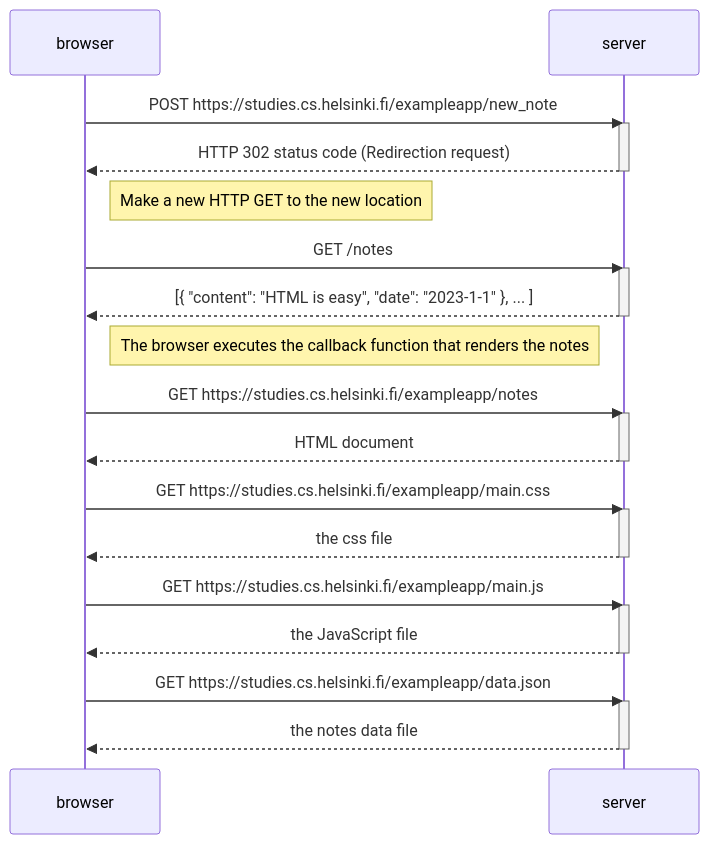
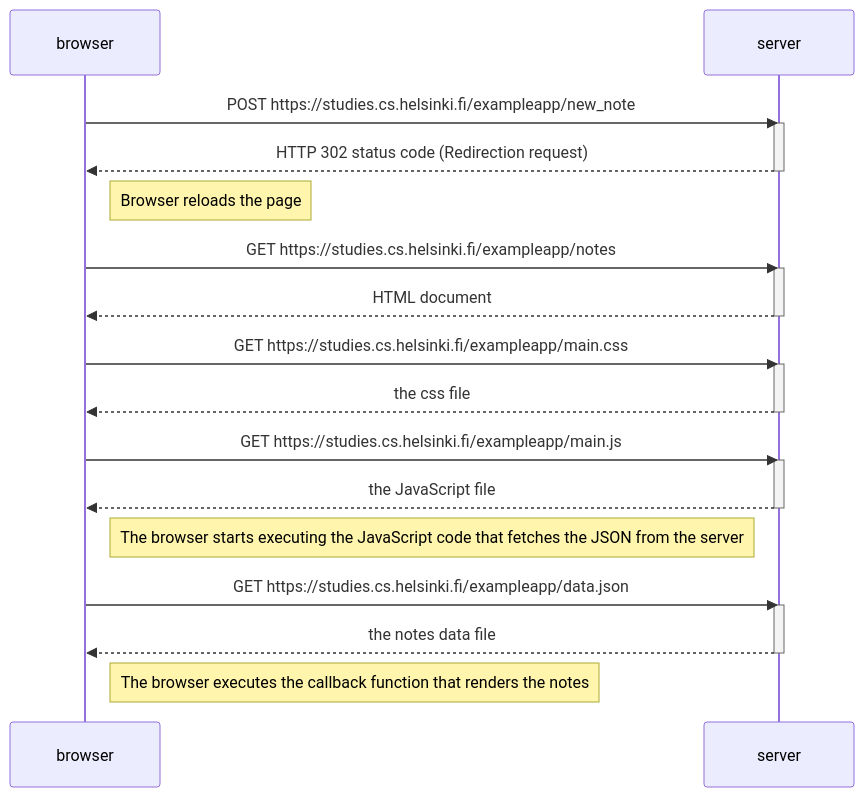
One commit to pncegabby/fullstackopen changed the diagram in osa0/diagram.md. Above: the diagram before and after it, drawn with Mermaid. The commit also changed 1 other file, not shown here.

Commit message:
osa0: refinements

````diff
--- a/osa0/diagram.md
+++ b/osa0/diagram.md
@@ -1,40 +1,37 @@
 ``` mermaid
     sequenceDiagram
     participant browser
     participant server
 
     browser->>server: POST https://studies.cs.helsinki.fi/exampleapp/new_note
     activate server
     server-->>browser: HTTP 302 status code (Redirection request)
     deactivate server
     
-    Note right of browser: Make a new HTTP GET to the new location
-    
-    browser->>server: GET /notes
-    activate server
-    server-->>browser: [{ "content": "HTML is easy", "date": "2023-1-1" }, ... ]
-    deactivate server    
-
-    Note right of browser: The browser executes the callback function that renders the notes 
+    Note right of browser: Browser reloads the page
 
     browser->>server: GET https://studies.cs.helsinki.fi/exampleapp/notes
     activate server
     server-->>browser: HTML document
     deactivate server
     
     browser->>server: GET https://studies.cs.helsinki.fi/exampleapp/main.css
     activate server
     server-->>browser: the css file
     deactivate server
     
     browser->>server: GET https://studies.cs.helsinki.fi/exampleapp/main.js
     activate server
     server-->>browser: the JavaScript file
     deactivate server
 
+    Note right of browser: The browser starts executing the JavaScript code that fetches the JSON from the server
+
     browser->>server: GET https://studies.cs.helsinki.fi/exampleapp/data.json
     activate server
     server-->>browser: the notes data file
     deactivate server
 
+    Note right of browser: The browser executes the callback function that renders the notes
+
 ```
````
